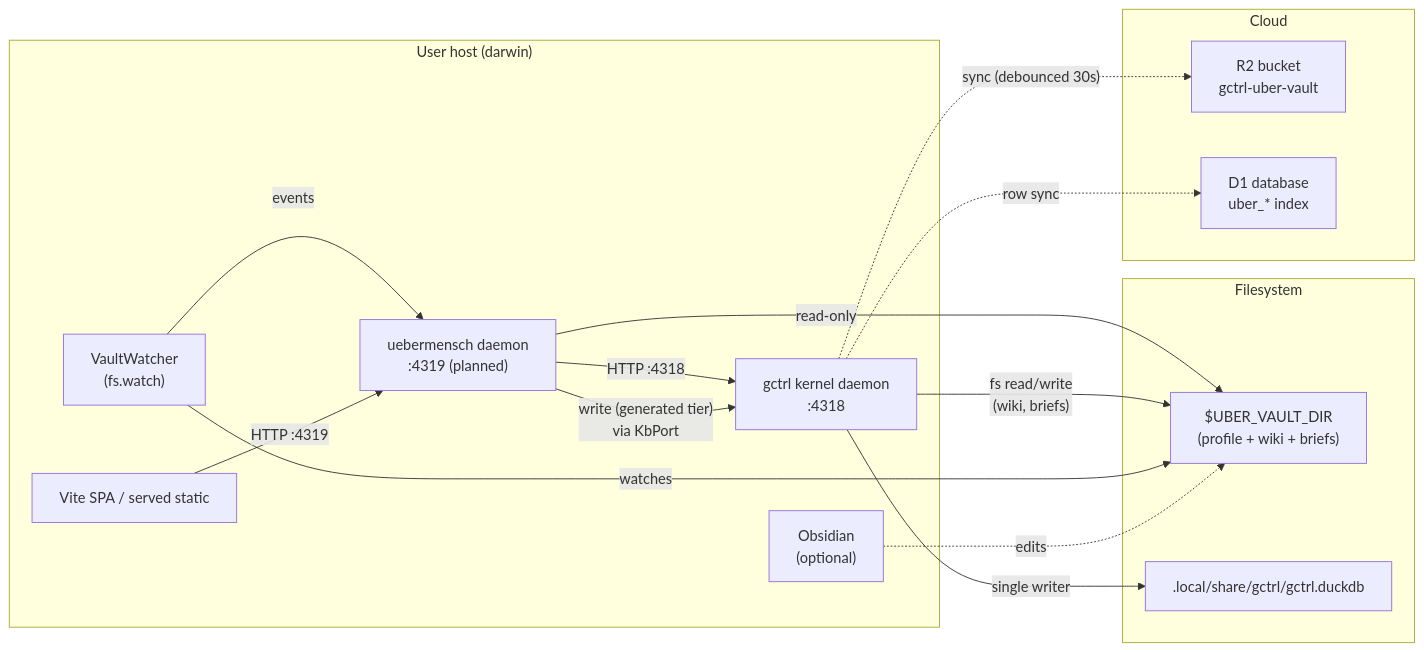
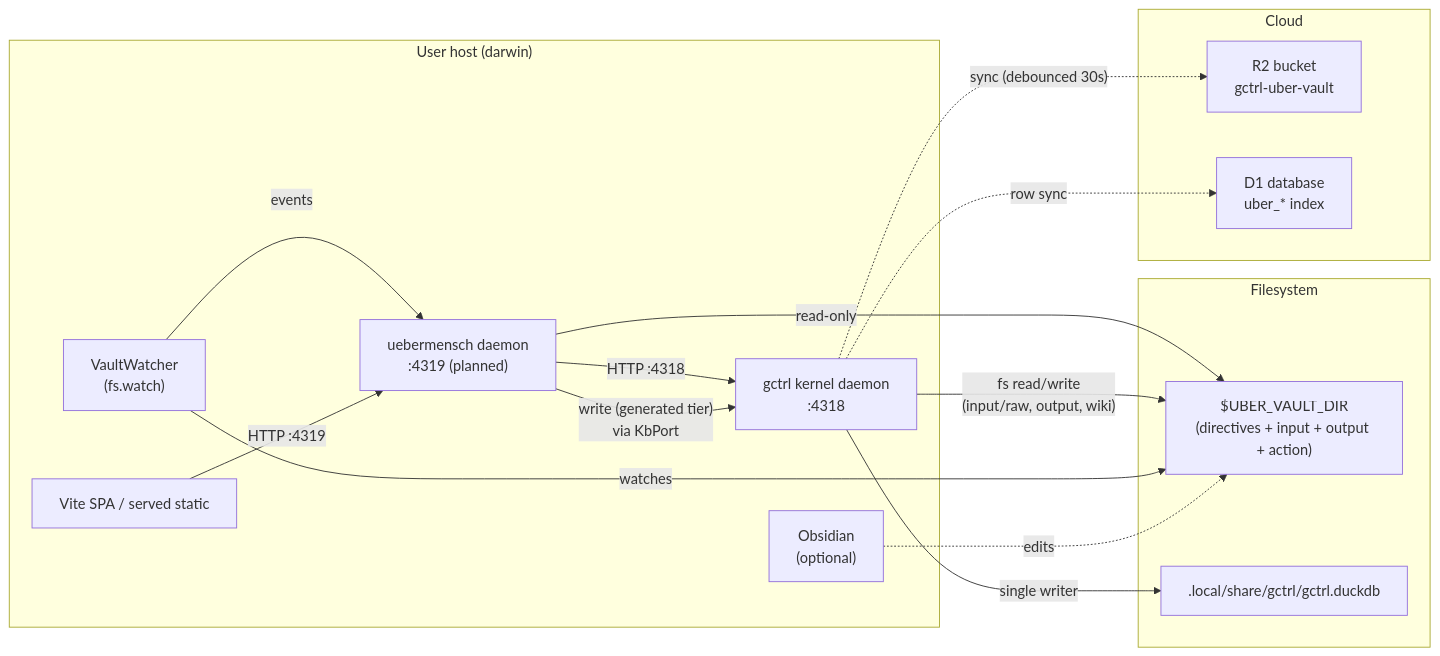
Before and after one commit to OpenHackersClub/gctrl: the second of 3 diagrams in apps/uebermensch/vault/specs/architecture.md, drawn with Mermaid. The commit also changed other lines of this file and 60 other files, not shown here.

First line of the commit message:
feat(uebermensch): four-root vault layout (directives/input/output/action) (#100)

````diff
--- a/apps/uebermensch/vault/specs/architecture.md
+++ b/apps/uebermensch/vault/specs/architecture.md
@@ -93,29 +93,29 @@
 ```mermaid
 flowchart LR
   subgraph host["User host (darwin)"]
     kd["gctrl kernel daemon\n:4318"]
     ud["uebermensch daemon\n:4319 (planned)"]
     vw["VaultWatcher\n(fs.watch)"]
     ui["Vite SPA / served static"]
     obs["Obsidian\n(optional)"]
   end
   subgraph fs["Filesystem"]
-    vault["$UBER_VAULT_DIR\n(profile + wiki + briefs)"]
+    vault["$UBER_VAULT_DIR\n(directives + input + output + action)"]
     duck[".local/share/gctrl/gctrl.duckdb"]
   end
   subgraph cloud["Cloud"]
     r2["R2 bucket\ngctrl-uber-vault"]
     d1["D1 database\nuber_* index"]
   end
   ud -->|"HTTP :4318"| kd
   ud -->|"read-only"| vault
   ud -->|"write (generated tier)\nvia KbPort"| kd
-  kd -->|"fs read/write\n(wiki, briefs)"| vault
+  kd -->|"fs read/write\n(input/raw, output, wiki)"| vault
   kd -->|"single writer"| duck
   kd -.->|"sync (debounced 30s)"| r2
   kd -.->|"row sync"| d1
   vw -->|"events"| ud
   vw -->|"watches"| vault
   obs -.->|"edits"| vault
   ui -->|"HTTP :4319"| ud
 ```
````
